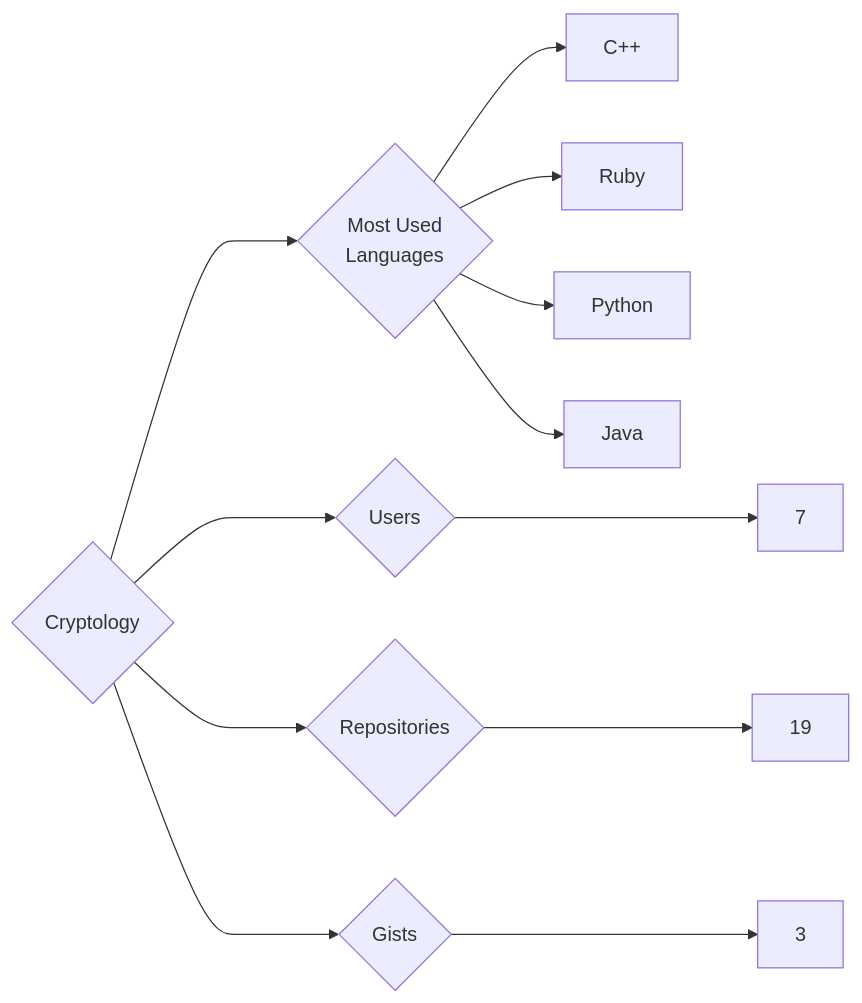
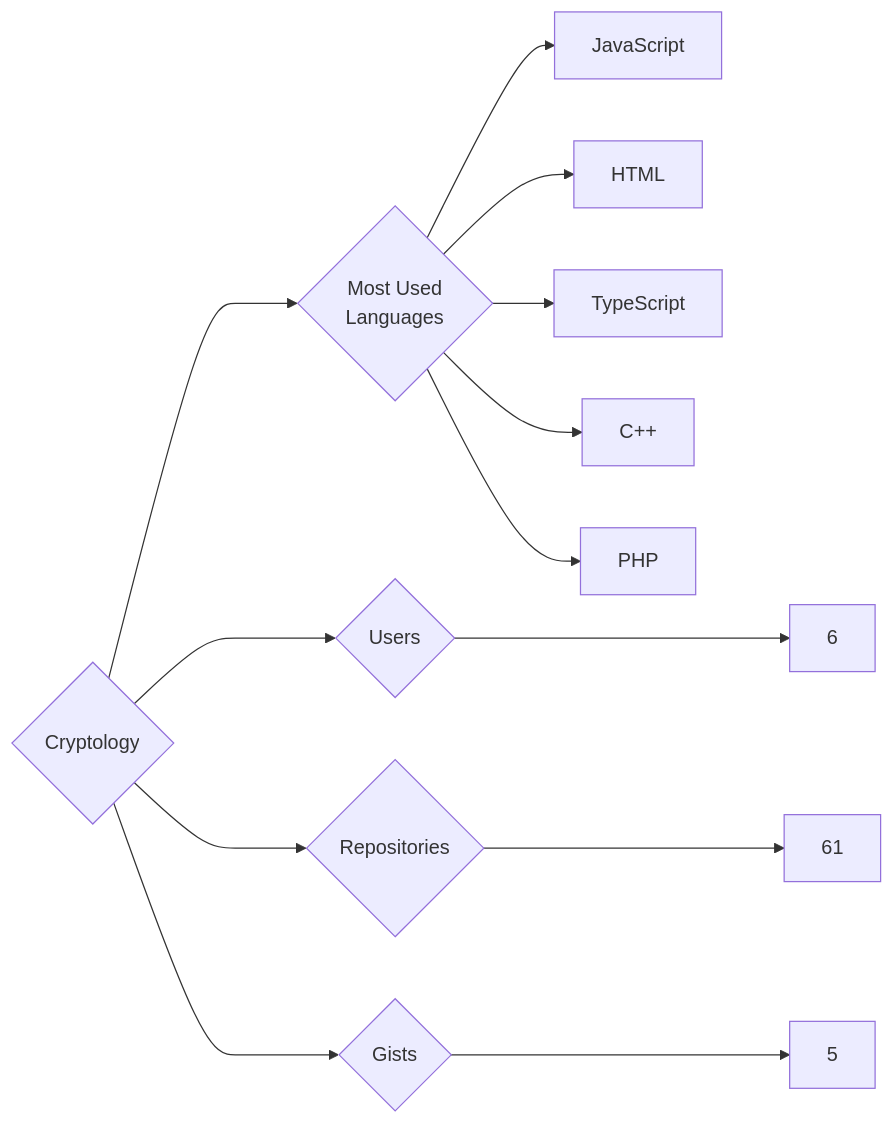
One commit to trickest/insiders changed the diagram in targets/Cryptology/README.md. Above: the diagram before and after it, drawn with Mermaid. The commit also changed 1078 other files, not shown here.

````diff
--- a/targets/Cryptology/README.md
+++ b/targets/Cryptology/README.md
@@ -3,12 +3,13 @@
 ```mermaid
 graph LR
 COMPANY_NAME{Cryptology}
-COMPANY_NAME ---> U{Users} ---> UN[7]
-COMPANY_NAME ---> R{Repositories} ---> RN[19]
-COMPANY_NAME ---> G{Gists} ---> GN[3]
+COMPANY_NAME ---> U{Users} ---> UN[6]
+COMPANY_NAME ---> R{Repositories} ---> RN[61]
+COMPANY_NAME ---> G{Gists} ---> GN[5]
 COMPANY_NAME ---> ML{Most Used<br>Languages}
+ML --> JavaScript[JavaScript]
+ML --> HTML[HTML]
+ML --> TypeScript[TypeScript]
 ML --> C++[C++]
-ML --> Ruby[Ruby]
-ML --> Python[Python]
-ML --> Java[Java]
+ML --> PHP[PHP]
 ```
````
